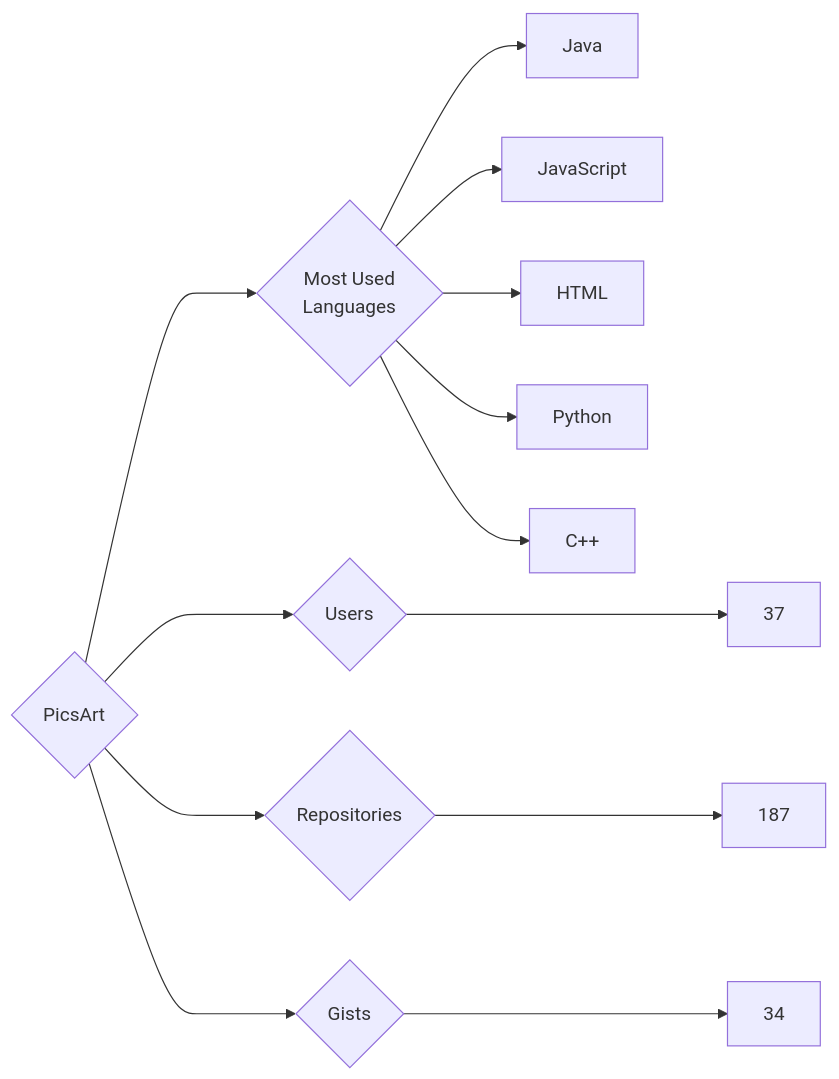
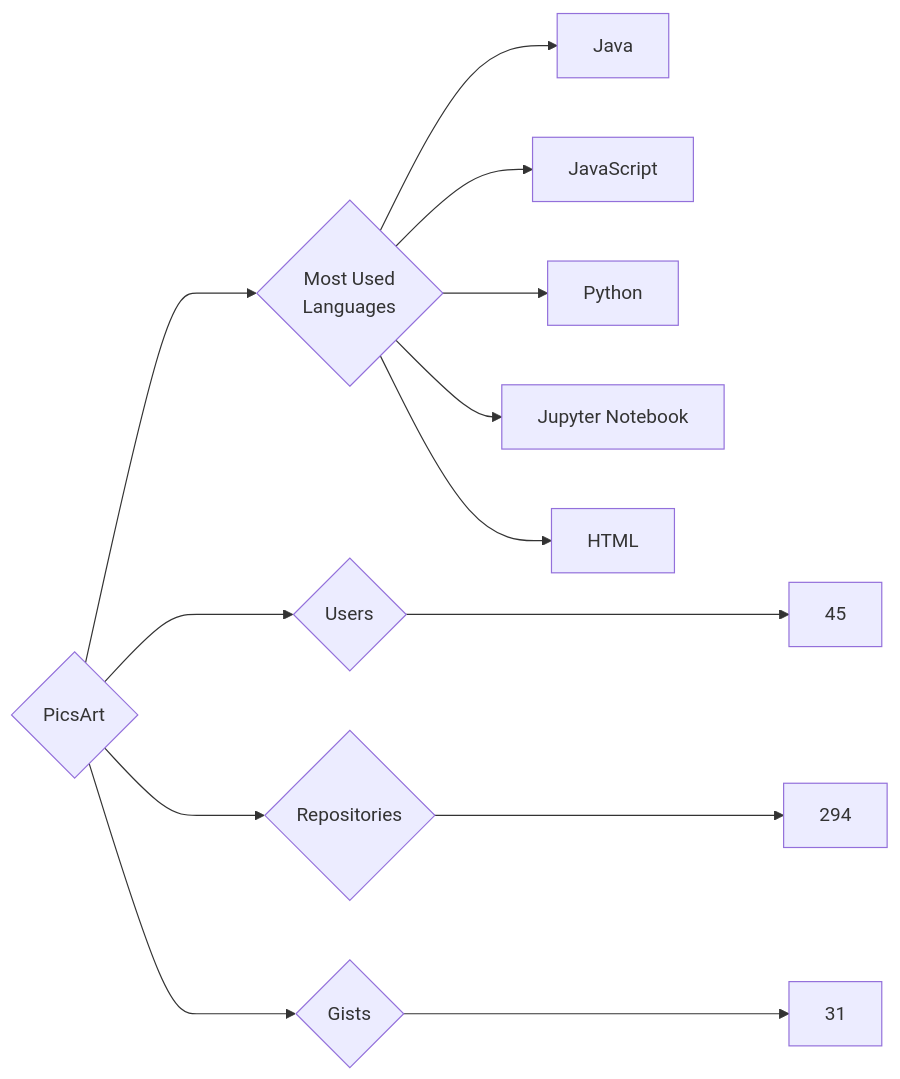
Before and after one commit to trickest/insiders: the diagram in targets/PicsArt/README.md, drawn with Mermaid. The commit also changed 955 other files, not shown here.

````diff
--- a/targets/PicsArt/README.md
+++ b/targets/PicsArt/README.md
@@ -3,13 +3,13 @@
 ```mermaid
 graph LR
 COMPANY_NAME{PicsArt}
-COMPANY_NAME ---> U{Users} ---> UN[37]
-COMPANY_NAME ---> R{Repositories} ---> RN[187]
-COMPANY_NAME ---> G{Gists} ---> GN[34]
+COMPANY_NAME ---> U{Users} ---> UN[45]
+COMPANY_NAME ---> R{Repositories} ---> RN[294]
+COMPANY_NAME ---> G{Gists} ---> GN[31]
 COMPANY_NAME ---> ML{Most Used<br>Languages}
 ML --> Java[Java]
 ML --> JavaScript[JavaScript]
+ML --> Python[Python]
+ML --> Jupyter_Notebook[Jupyter Notebook]
 ML --> HTML[HTML]
-ML --> Python[Python]
-ML --> C++[C++]
 ```
````
